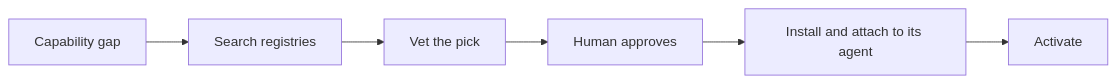
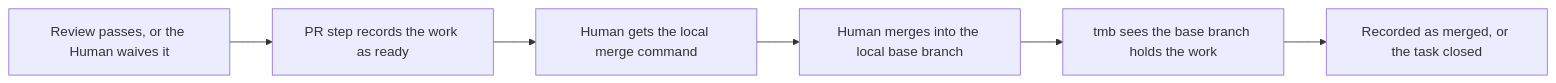
Diagram 17 of 24 in docs/architecture/FLOWS.md (trustmybot/tmb), drawn with Mermaid before and after one commit. The commit also changed other lines of this file and 38 other files, not shown here.

````diff
--- a/docs/architecture/FLOWS.md
+++ b/docs/architecture/FLOWS.md
@@ -213,8 +275,8 @@
 ```mermaid
 flowchart LR
-    A[Capability gap] --> B[Search registries]
-    B --> C[Vet the pick]
-    C --> D[Human approves]
-    D --> E[Install and attach to its agent]
-    E --> F[Activate]
+    A["Review passes, or the Human waives it"] --> B["PR step records the work as ready"]
+    B --> C["Human gets the local merge command"]
+    C --> D["Human merges into the local base branch"]
+    D --> E["tmb sees the base branch holds the work"]
+    E --> F["Recorded as merged, or the task closed"]
 ```
````
